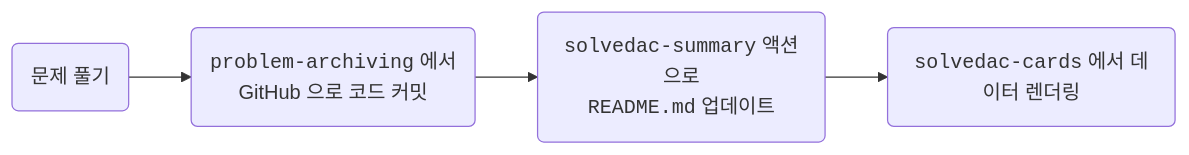
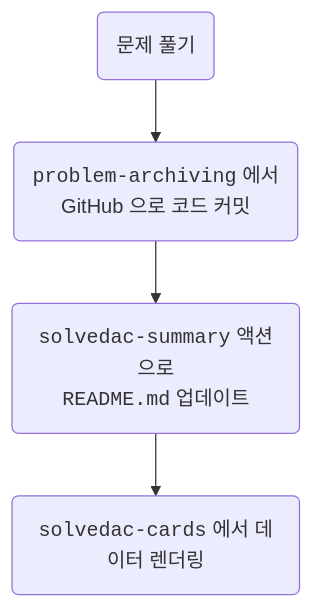
The diagram in README.md (seheon99/problem-solving), drawn with Mermaid before and after one commit.

Commit message:
Revise flowchart for automatic update pipeline
Update the flowchart in the README for automation pipeline.

````diff
--- a/README.md
+++ b/README.md
@@ -25,9 +25,9 @@
 ```mermaid
-flowchart LR
+flowchart
   solve(문제 풀기)
   detect(<code>problem-archiving</code> 에서<br>GitHub 으로 코드 커밋)
   action(<code>solvedac-summary</code> 액션으로<br><code>README.md</code> 업데이트)
   show(<code>solvedac-cards</code> 에서 데이터 렌더링)
 
   solve --> detect --> action --> show
 ```
````
